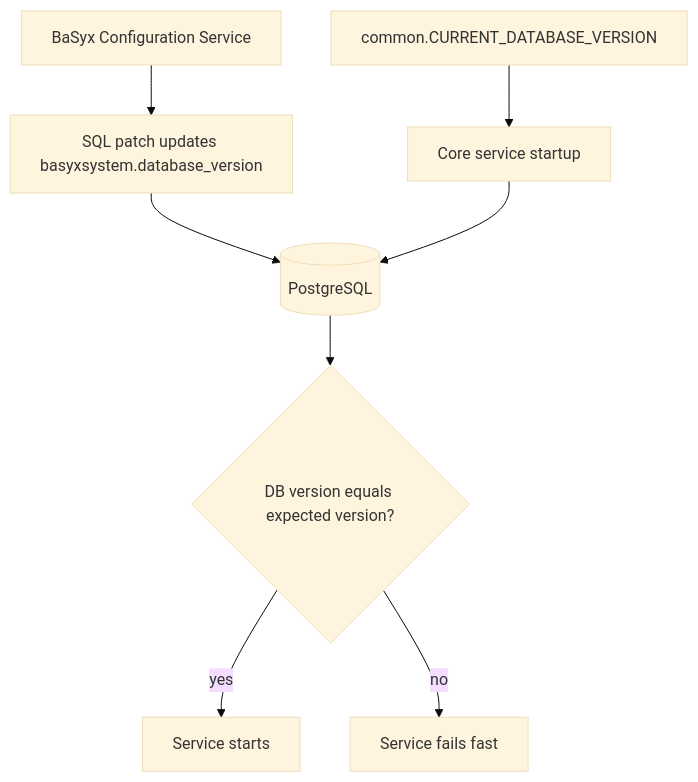
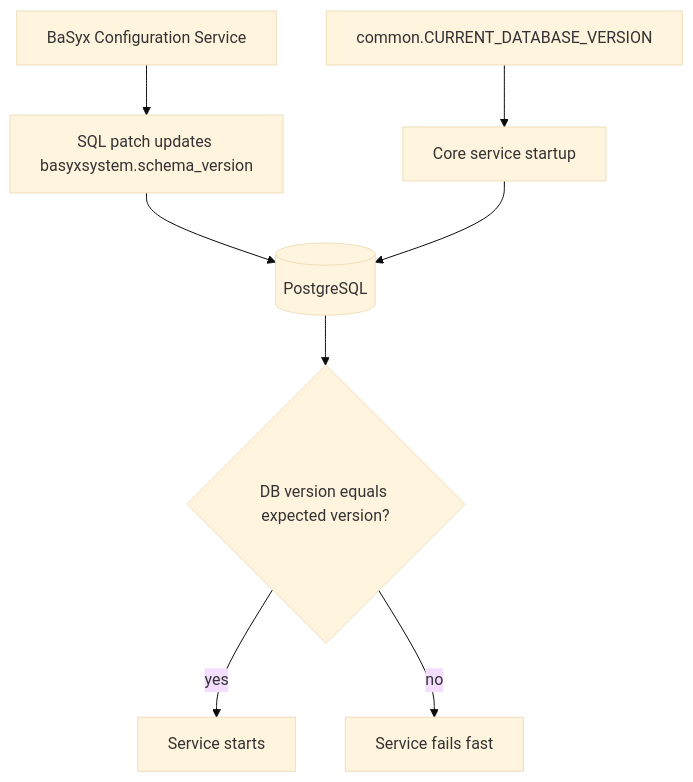
The diagram in docs/source/content/developer_documentation/basyx_go/configuration_service/release-advisor.md (eclipse-basyx/basyx-wiki), drawn with Mermaid (base theme) before and after one commit. The commit also changed other lines of this file and 10 other files, not shown here.

````diff
--- a/docs/source/content/developer_documentation/basyx_go/configuration_service/release-advisor.md
+++ b/docs/source/content/developer_documentation/basyx_go/configuration_service/release-advisor.md
@@ -24,10 +24,10 @@
 ```mermaid
 flowchart TD
-    Patch[SQL patch updates basyxsystem.database_version] --> DB[(PostgreSQL)]
+    Patch[SQL patch updates basyxsystem.schema_version] --> DB[(PostgreSQL)]
     ConfigSvc[BaSyx Configuration Service] --> Patch
     CoreVersion[common.CURRENT_DATABASE_VERSION] --> ServiceStartup[Core service startup]
     ServiceStartup --> DB
     DB --> Validate{DB version equals expected version?}
     Validate -->|yes| Run[Service starts]
     Validate -->|no| Fail[Service fails fast]
 ```
````
